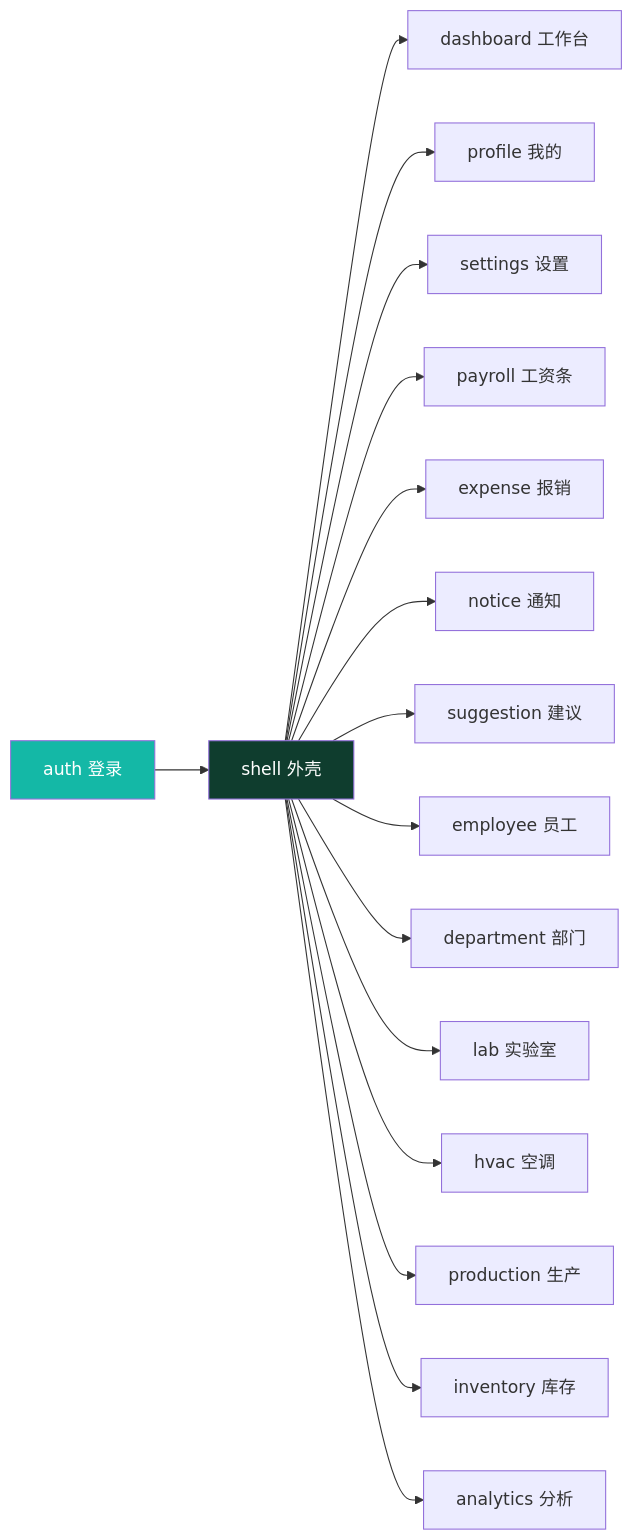
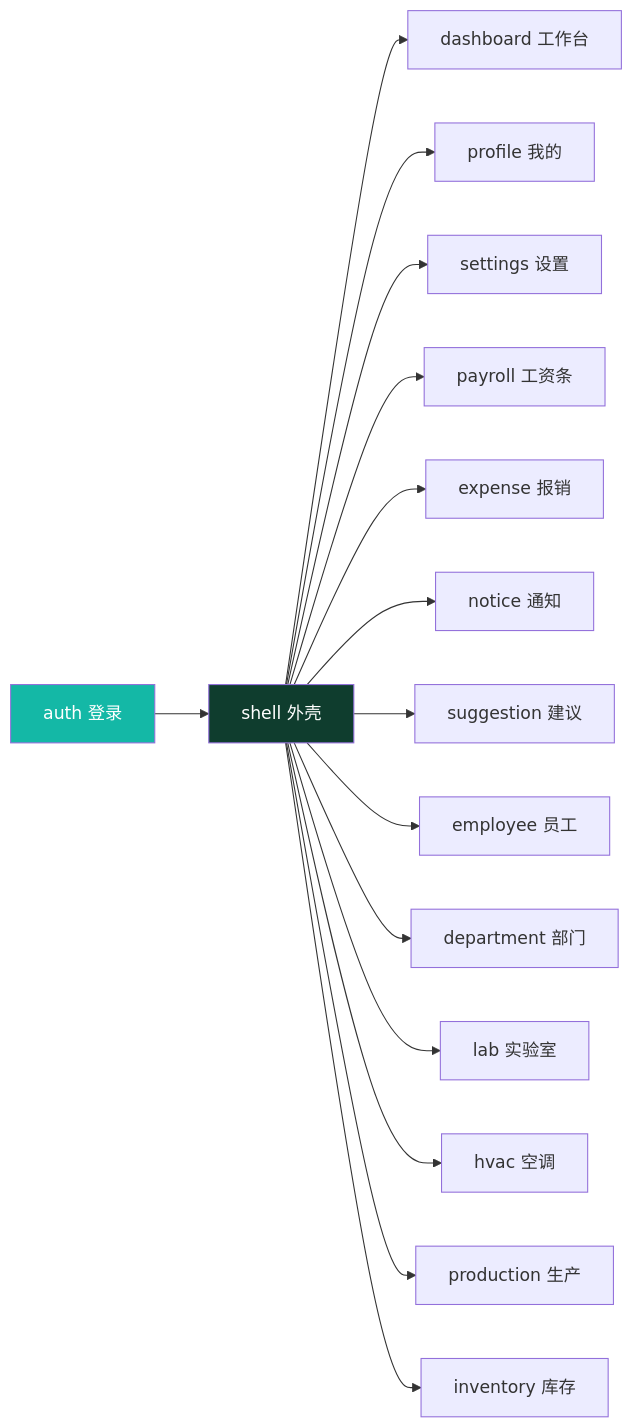
One commit to BruceChu0424/utenelec_imp changed the third of 4 diagrams in docs/05-架构/架构总览.md. Above: the diagram before and after it, drawn with Mermaid. The commit also changed 468 other files, not shown here.

````diff
--- a/docs/05-架构/架构总览.md
+++ b/docs/05-架构/架构总览.md
@@ -152,21 +152,20 @@
 ```mermaid
 graph LR
     Auth[auth 登录] --> Shell[shell 外壳]
     Shell --> Dashboard[dashboard 工作台]
     Shell --> Profile[profile 我的]
     Shell --> Settings[settings 设置]
     Shell --> Payroll[payroll 工资条]
     Shell --> Expense[expense 报销]
     Shell --> Notice[notice 通知]
     Shell --> Suggestion[suggestion 建议]
     Shell --> Employee[employee 员工]
     Shell --> Department[department 部门]
     Shell --> Lab[lab 实验室]
     Shell --> Hvac[hvac 空调]
     Shell --> Production[production 生产]
     Shell --> Inventory[inventory 库存]
-    Shell --> Analytics[analytics 分析]
 
     style Auth fill:#14B8A6,color:#fff
     style Shell fill:#0F3D2E,color:#fff
 ```
````
